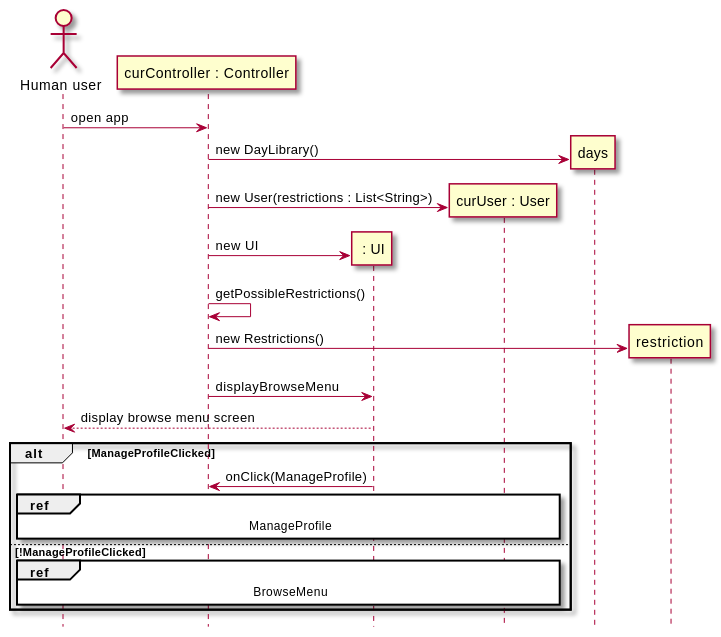
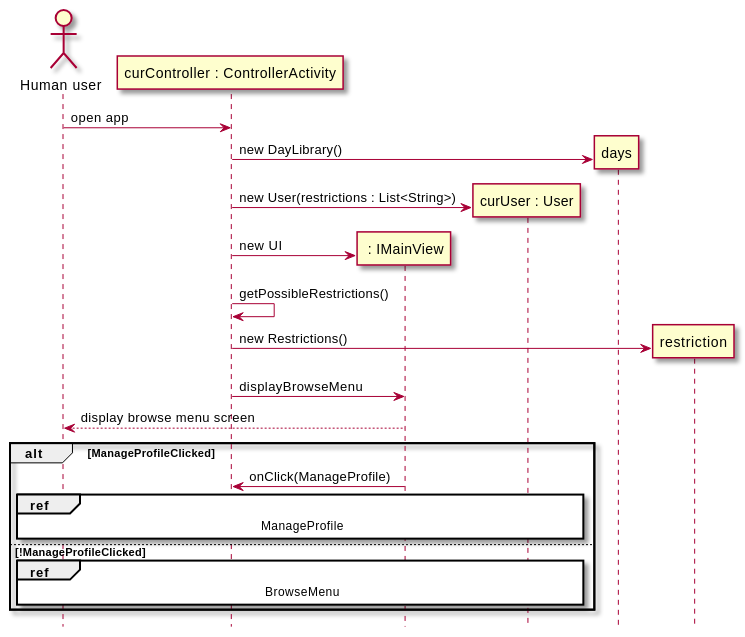
One commit to sashap100/Vassar-Dining-App changed the fourth of 4 diagrams in intellij/doc/design.md. Above: the diagram before and after it, drawn with PlantUML. The commit also changed other lines of this file, not shown here.

Commit message:
Updated class diagram to reflect new controller and view classes/interfaces, needs rearranging

````diff
--- a/intellij/doc/design.md
+++ b/intellij/doc/design.md
@@ -179,31 +256,31 @@
 ```plantuml
 @startuml
 skin rose
 hide footbox
 
 actor "Human user" as human
-participant "curController : Controller" as controller
-participant " : UI" as ui
+participant "curController : ControllerActivity" as controller
+participant " : IMainView" as ui
 participant "curUser : User" as user
 
 human -> controller : open app
 controller -> days **: new DayLibrary()
 controller -> user **: new User(restrictions : List<String>)
 controller -> ui **: new UI
 controller -> controller : getPossibleRestrictions()
 controller -> restriction **: new Restrictions()
 controller -> ui : displayBrowseMenu
 ui --> human : display browse menu screen
 alt ManageProfileClicked
     ui -> controller : onClick(ManageProfile)
     ref over human,controller,ui,user
     ManageProfile
     end ref
 else !ManageProfileClicked
     ref over human,controller,ui,user
     BrowseMenu
     end ref
 end
 
 
 ```
````
